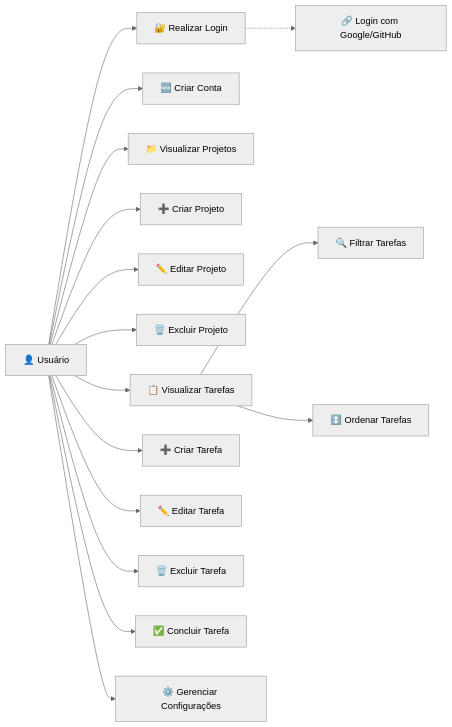
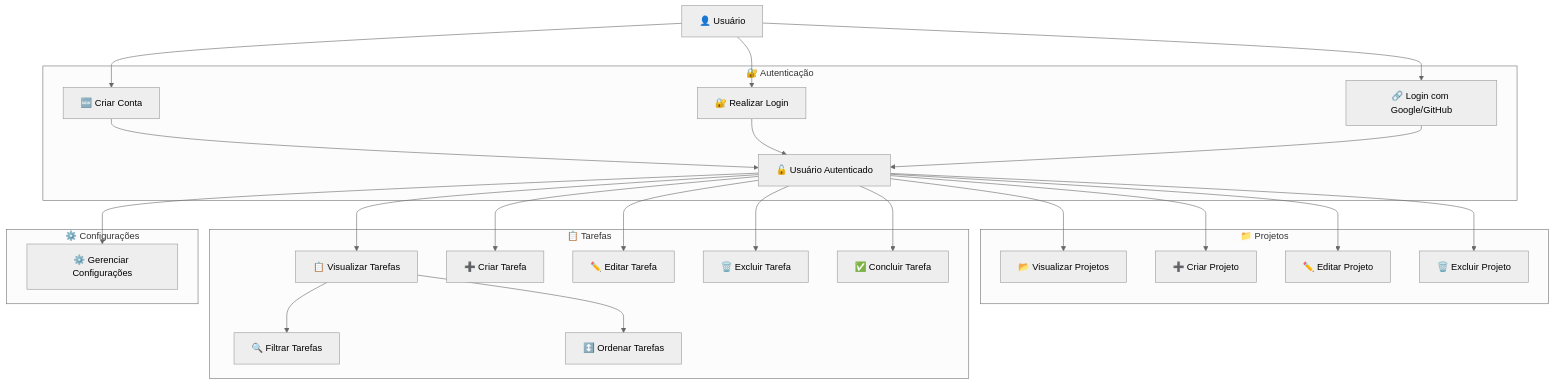
Before and after one commit to Kevyn02/TaskFlow: the diagram in README.md, drawn with Mermaid (neutral theme).

Commit message:
docs: corrigindo o diagrama de casos de uso

````diff
--- a/README.md
+++ b/README.md
@@ -324,50 +324,62 @@
-```mermaid
-graph LR
+```mermaid id="u9k2x1"
+graph TD
 
     User[👤 Usuário]
 
     %% Autenticação
-    Login[🔐 Realizar Login]
-    Register[🆕 Criar Conta]
-    SocialLogin[🔗 Login com Google/GitHub]
+    subgraph AUTH[🔐 Autenticação]
+        Register[🆕 Criar Conta]
+        Login[🔐 Realizar Login]
+        SocialLogin[🔗 Login com Google/GitHub]
+        Authenticated[🔓 Usuário Autenticado]
+    end
 
+    User --> Register
     User --> Login
-    User --> Register
-    Login -.-> SocialLogin
+    User --> SocialLogin
+
+    Register --> Authenticated
+    Login --> Authenticated
+    SocialLogin --> Authenticated
 
     %% Projetos
-    ViewProjects[📁 Visualizar Projetos]
-    CreateProject[➕ Criar Projeto]
-    EditProject[✏️ Editar Projeto]
-    DeleteProject[🗑️ Excluir Projeto]
-
-    User --> ViewProjects
-    User --> CreateProject
-    User --> EditProject
-    User --> DeleteProject
+    subgraph PROJECTS[📁 Projetos]
+        ViewProjects[📂 Visualizar Projetos]
+        CreateProject[➕ Criar Projeto]
+        EditProject[✏️ Editar Projeto]
+        DeleteProject[🗑️ Excluir Projeto]
+    end
 
     %% Tarefas
-    ViewTasks[📋 Visualizar Tarefas]
-    CreateTask[➕ Criar Tarefa]
-    EditTask[✏️ Editar Tarefa]
-    DeleteTask[🗑️ Excluir Tarefa]
-    CompleteTask[✅ Concluir Tarefa]
+    subgraph TASKS[📋 Tarefas]
+        ViewTasks[📋 Visualizar Tarefas]
+        CreateTask[➕ Criar Tarefa]
+        EditTask[✏️ Editar Tarefa]
+        DeleteTask[🗑️ Excluir Tarefa]
+        CompleteTask[✅ Concluir Tarefa]
+        FilterTasks[🔍 Filtrar Tarefas]
+        SortTasks[↕️ Ordenar Tarefas]
+    end
 
-    User --> ViewTasks
-    User --> CreateTask
-    User --> EditTask
-    User --> DeleteTask
-    User --> CompleteTask
+    %% Configurações
+    subgraph SETTINGS[⚙️ Configurações]
+        Settings[⚙️ Gerenciar Configurações]
+    end
 
-    %% Organização
-    FilterTasks[🔍 Filtrar Tarefas]
-    SortTasks[↕️ Ordenar Tarefas]
+    %% Relações principais
+    Authenticated --> ViewProjects
+    Authenticated --> CreateProject
+    Authenticated --> EditProject
+    Authenticated --> DeleteProject
+
+    Authenticated --> ViewTasks
+    Authenticated --> CreateTask
+    Authenticated --> EditTask
+    Authenticated --> DeleteTask
+    Authenticated --> CompleteTask
 
     ViewTasks --> FilterTasks
     ViewTasks --> SortTasks
 
-    %% Configurações
-    Settings[⚙️ Gerenciar Configurações]
-
-    User --> Settings
+    Authenticated --> Settings
 ```
````
